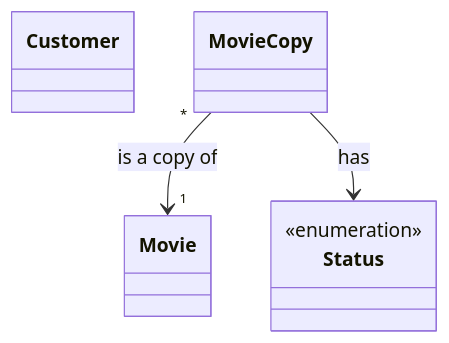
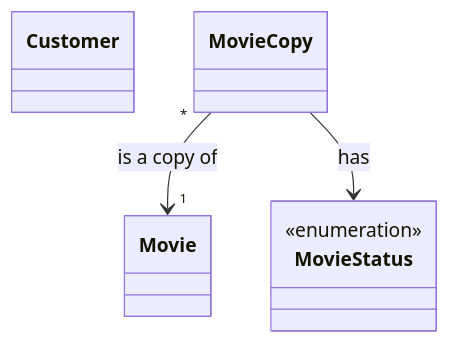
The second of 4 diagrams in docs/README.md (uvavalencia-cs2100/uva-blockbuster), drawn with Mermaid before and after one commit. The commit also changed other lines of this file and 4 other files, not shown here.

````diff
--- a/docs/README.md
+++ b/docs/README.md
@@ -168,12 +168,12 @@
 ```mermaid
 classDiagram
     class Customer
     class Movie
     class MovieCopy
-    class Status {
+    class MovieStatus {
         <<enumeration>>
     }
 
     MovieCopy "*" --> "1" Movie : is a copy of
-    MovieCopy --> Status : has
+    MovieCopy --> MovieStatus : has
 ```
````
